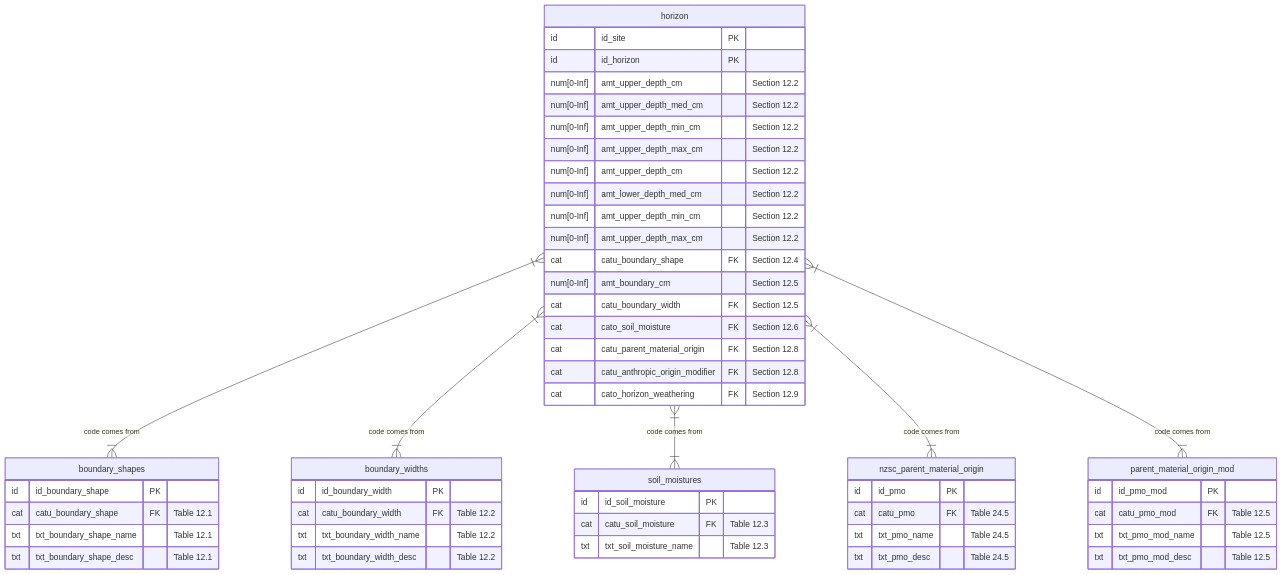
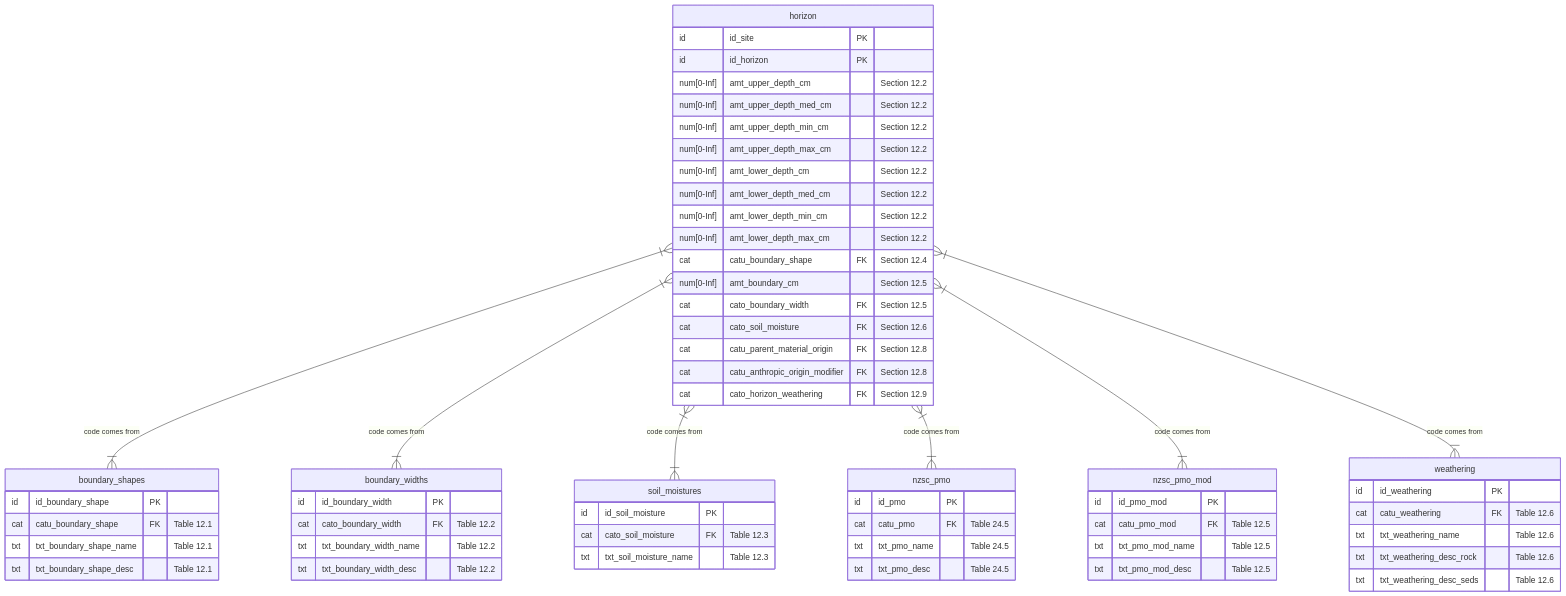
The ninth of 25 diagrams in ap_03_database_design.qmd (manaakiwhenua/NZ_soildesc_2024), drawn with Mermaid before and after one commit. The commit also changed other lines of this file, not shown here.

````diff
--- a/ap_03_database_design.qmd
+++ b/ap_03_database_design.qmd
@@ -666,68 +672,78 @@
 ```{mermaid}
 %%| fig-cap: "Horizon - Details"
 
 %%{ init: { 'er': { 'layoutDirection': 'LR' } } }%%
 erDiagram
   horizon }|--|{ boundary_shapes : "code comes from"
   horizon }|--|{ boundary_widths : "code comes from"
   horizon }|--|{ soil_moistures : "code comes from"
-  horizon }|--|{ nzsc_parent_material_origin : "code comes from"
-  horizon }|--|{ parent_material_origin_mod : "code comes from"
+  horizon }|--|{ nzsc_pmo : "code comes from"
+  horizon }|--|{ nzsc_pmo_mod : "code comes from"
+  horizon }|--|{ weathering : "code comes from"
   
+  %% data %%
   horizon {
   id         id_site PK
   id         id_horizon PK
   num[0-Inf] amt_upper_depth_cm      "Section 12.2"
   num[0-Inf] amt_upper_depth_med_cm  "Section 12.2"
   num[0-Inf] amt_upper_depth_min_cm  "Section 12.2"
   num[0-Inf] amt_upper_depth_max_cm  "Section 12.2"
-  num[0-Inf] amt_upper_depth_cm      "Section 12.2"
+  num[0-Inf] amt_lower_depth_cm      "Section 12.2"
   num[0-Inf] amt_lower_depth_med_cm  "Section 12.2"
-  num[0-Inf] amt_upper_depth_min_cm  "Section 12.2"
-  num[0-Inf] amt_upper_depth_max_cm  "Section 12.2"
+  num[0-Inf] amt_lower_depth_min_cm  "Section 12.2"
+  num[0-Inf] amt_lower_depth_max_cm  "Section 12.2"
   cat        catu_boundary_shape FK  "Section 12.4"
   num[0-Inf] amt_boundary_cm         "Section 12.5"
-  cat        catu_boundary_width FK  "Section 12.5" 
+  cat        cato_boundary_width FK  "Section 12.5" 
   cat        cato_soil_moisture FK   "Section 12.6"
   %% pmo %%
   cat        catu_parent_material_origin FK    "Section 12.8"
   cat        catu_anthropic_origin_modifier FK "Section 12.8"
   %% weathering %%
   cat        cato_horizon_weathering FK  "Section 12.9"
   }
   
   boundary_shapes {
     id          id_boundary_shape PK
     cat         catu_boundary_shape FK       "Table 12.1"
     txt         txt_boundary_shape_name      "Table 12.1"
     txt         txt_boundary_shape_desc      "Table 12.1"
   }
  
   boundary_widths {
     id          id_boundary_width PK
-    cat         catu_boundary_width FK       "Table 12.2"
+    cat         cato_boundary_width FK       "Table 12.2"
     txt         txt_boundary_width_name      "Table 12.2"
     txt         txt_boundary_width_desc      "Table 12.2"
   } 
   
   soil_moistures {
     id          id_soil_moisture PK
-    cat         catu_soil_moisture FK       "Table 12.3"
+    cat         cato_soil_moisture FK       "Table 12.3"
     txt         txt_soil_moisture_name      "Table 12.3"
   }
   
-  nzsc_parent_material_origin {
+  nzsc_pmo {
     id          id_pmo PK
     cat         catu_pmo FK             "Table 24.5"
     txt         txt_pmo_name            "Table 24.5"
     txt         txt_pmo_desc            "Table 24.5"  
   }
   
-  parent_material_origin_mod {
+  nzsc_pmo_mod {
     id          id_pmo_mod PK
     cat         catu_pmo_mod FK         "Table 12.5"
     txt         txt_pmo_mod_name        "Table 12.5"
     txt         txt_pmo_mod_desc        "Table 12.5"  
   }
   
+  weathering {
+    id          id_weathering PK
+    cat         catu_weathering FK         "Table 12.6"
+    txt         txt_weathering_name        "Table 12.6"
+    txt         txt_weathering_desc_rock   "Table 12.6"  
+    txt         txt_weathering_desc_seds   "Table 12.6" 
+  }
+  
 ```
````
